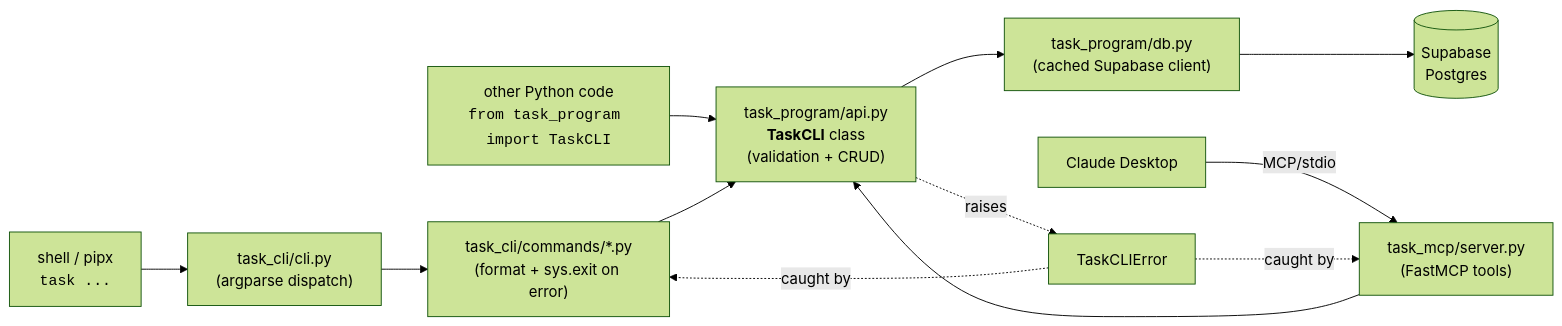
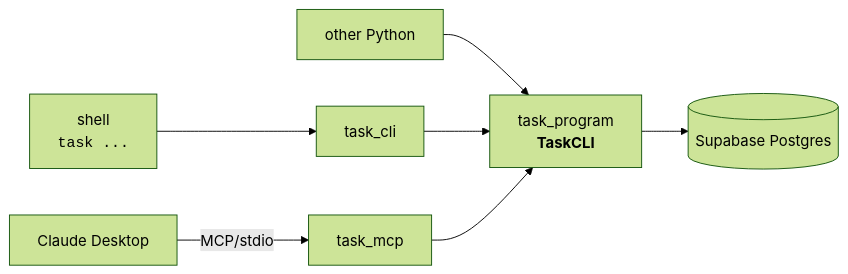
The diagram in README.md (Coolmogo/task-mcp-cli-tool), drawn with Mermaid (forest theme) before and after one commit. The commit also changed other lines of this file and 1 other file, not shown here.

````diff
--- a/README.md
+++ b/README.md
@@ -19,19 +17,9 @@
 ```mermaid
 flowchart LR
-    shell["shell / pipx<br/><code>task ...</code>"] --> cli["task_cli/cli.py<br/>(argparse dispatch)"]
-    cli --> adapters["task_cli/commands/*.py<br/>(format + sys.exit on error)"]
-
-    claude["Claude Desktop"] -- MCP/stdio --> mcp["task_mcp/server.py<br/>(FastMCP tools)"]
-
-    other["other Python code<br/><code>from task_program import TaskCLI</code>"] --> api
-
-    adapters --> api["task_program/api.py<br/><b>TaskCLI</b> class<br/>(validation + CRUD)"]
+    shell["shell<br/><code>task ...</code>"] --> cli["task_cli"]
+    claude["Claude Desktop"] -- MCP/stdio --> mcp["task_mcp"]
+    other["other Python"] --> api
+    cli --> api["task_program<br/><b>TaskCLI</b>"]
     mcp --> api
-
-    api --> db["task_program/db.py<br/>(cached Supabase client)"]
-    db --> supabase[("Supabase<br/>Postgres")]
-
-    api -. raises .-> err["TaskCLIError"]
-    err -. caught by .-> adapters
-    err -. caught by .-> mcp
+    api --> supabase[("Supabase Postgres")]
 ```
````
